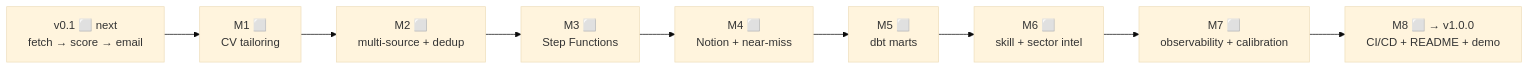
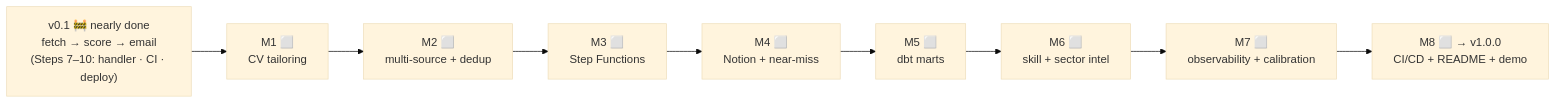
The third of 5 diagrams in docs/diagrams.md (tarigelamin1997/jobfetcher), drawn with Mermaid (base theme) before and after one commit. The commit also changed other lines of this file and 5 other files, not shown here.

````diff
--- a/docs/diagrams.md
+++ b/docs/diagrams.md
@@ -129,11 +131,11 @@
 ```mermaid
 flowchart LR
-  v0["v0.1 ⬜ next<br/>fetch → score → email"] --> M1["M1 ⬜<br/>CV tailoring"]
+  v0["v0.1 🚧 nearly done<br/>fetch → score → email<br/>(Steps 7–10: handler · CI · deploy)"] --> M1["M1 ⬜<br/>CV tailoring"]
   M1 --> M2["M2 ⬜<br/>multi-source + dedup"]
   M2 --> M3["M3 ⬜<br/>Step Functions"]
   M3 --> M4["M4 ⬜<br/>Notion + near-miss"]
   M4 --> M5["M5 ⬜<br/>dbt marts"]
   M5 --> M6["M6 ⬜<br/>skill + sector intel"]
   M6 --> M7["M7 ⬜<br/>observability + calibration"]
   M7 --> M8["M8 ⬜ → v1.0.0<br/>CI/CD + README + demo"]
 ```
````
